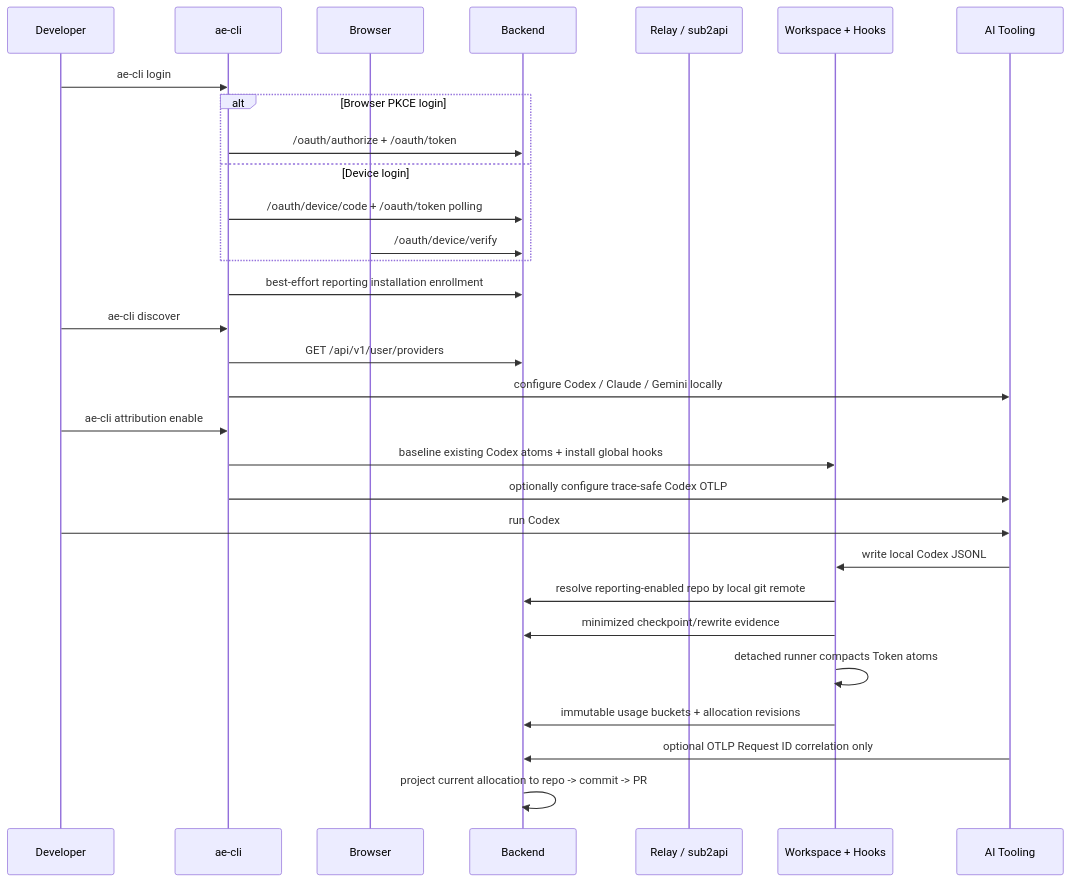
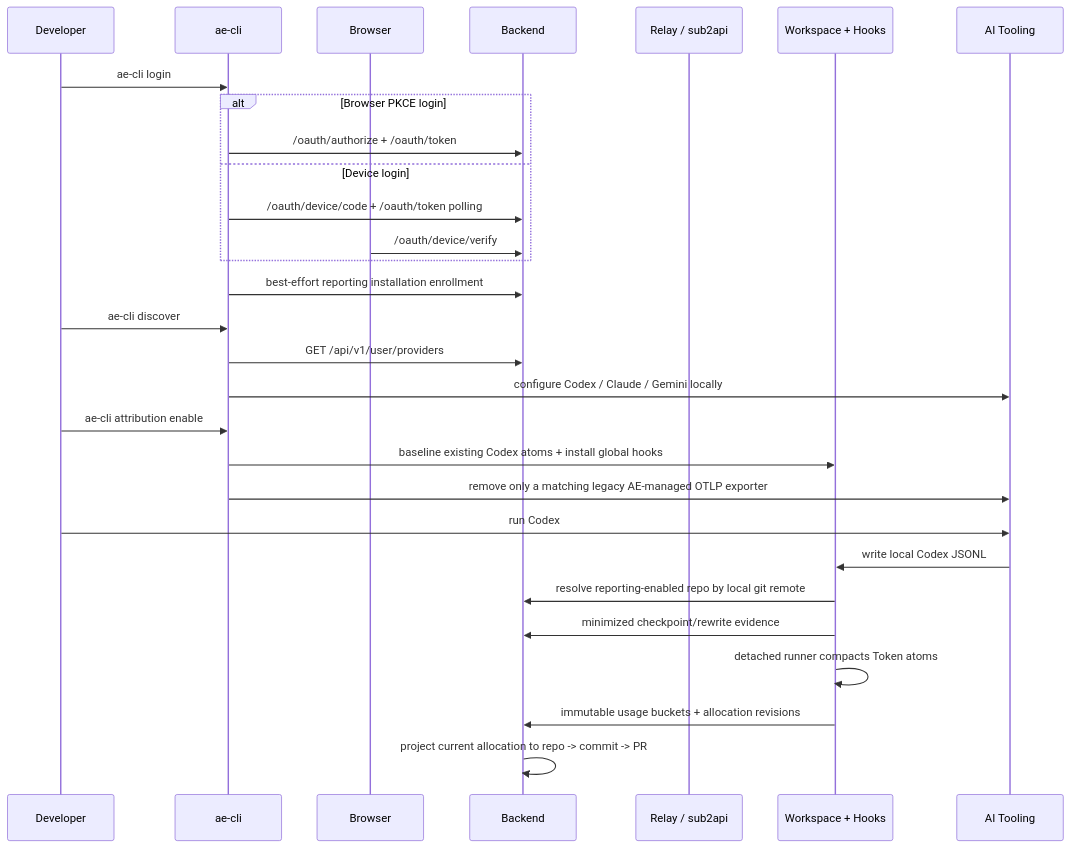
The third of 4 diagrams in docs/architecture.md (LichKing-2234/ai-efficiency), drawn with Mermaid before and after one commit. The commit also changed other lines of this file and 24 other files, not shown here.

````diff
--- a/docs/architecture.md
+++ b/docs/architecture.md
@@ -630,33 +630,32 @@
 ```mermaid
 sequenceDiagram
     participant Dev as Developer
     participant CLI as ae-cli
     participant Browser as Browser
     participant BE as Backend
     participant Relay as Relay / sub2api
     participant WS as Workspace + Hooks
     participant Tool as AI Tooling
 
     Dev->>CLI: ae-cli login
     alt Browser PKCE login
         CLI->>BE: /oauth/authorize + /oauth/token
     else Device login
         CLI->>BE: /oauth/device/code + /oauth/token polling
         Browser->>BE: /oauth/device/verify
     end
     CLI->>BE: best-effort reporting installation enrollment
     Dev->>CLI: ae-cli discover
     CLI->>BE: GET /api/v1/user/providers
     CLI->>Tool: configure Codex / Claude / Gemini locally
     Dev->>CLI: ae-cli attribution enable
     CLI->>WS: baseline existing Codex atoms + install global hooks
-    CLI->>Tool: optionally configure trace-safe Codex OTLP
+    CLI->>Tool: remove only a matching legacy AE-managed OTLP exporter
     Dev->>Tool: run Codex
     Tool->>WS: write local Codex JSONL
     WS->>BE: resolve reporting-enabled repo by local git remote
     WS->>BE: minimized checkpoint/rewrite evidence
     WS->>WS: detached runner compacts Token atoms
     WS->>BE: immutable usage buckets + allocation revisions
-    Tool->>BE: optional OTLP Request ID correlation only
     BE->>BE: project current allocation to repo -> commit -> PR
 ```
````
